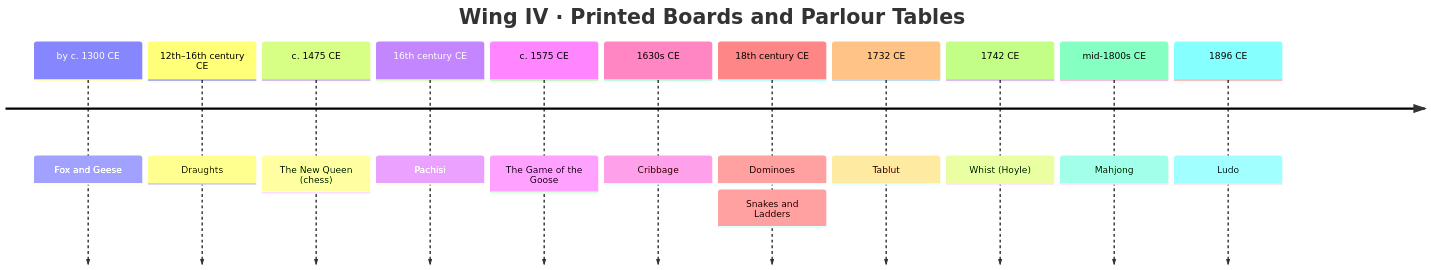
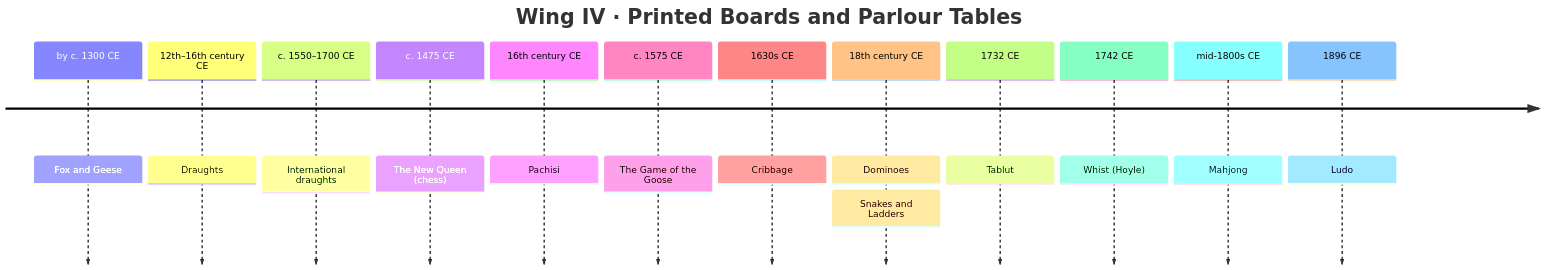
One commit to CptNope/Librarium-Archives changed the sixth of 8 diagrams in docs/exhibits.md. Above: the diagram before and after it, drawn with Mermaid. The commit also changed other lines of this file and 16 other files, not shown here.

First line of the commit message:
International draughts and Hnefatafl (Copenhagen rules, simplified); tour stops when you walk; docs for 0.27.0

````diff
--- a/docs/exhibits.md
+++ b/docs/exhibits.md
@@ -143,15 +145,16 @@
 ```mermaid
 timeline
     title Wing IV · Printed Boards and Parlour Tables
     by c. 1300 CE : Fox and Geese
     12th–16th century CE : Draughts
+    c. 1550–1700 CE : International draughts
     c. 1475 CE : The New Queen (chess)
     16th century CE : Pachisi
     c. 1575 CE : The Game of the Goose
     1630s CE : Cribbage
     18th century CE : Dominoes : Snakes and Ladders
     1732 CE : Tablut
     1742 CE : Whist (Hoyle)
     mid-1800s CE : Mahjong
     1896 CE : Ludo
 ```
````
